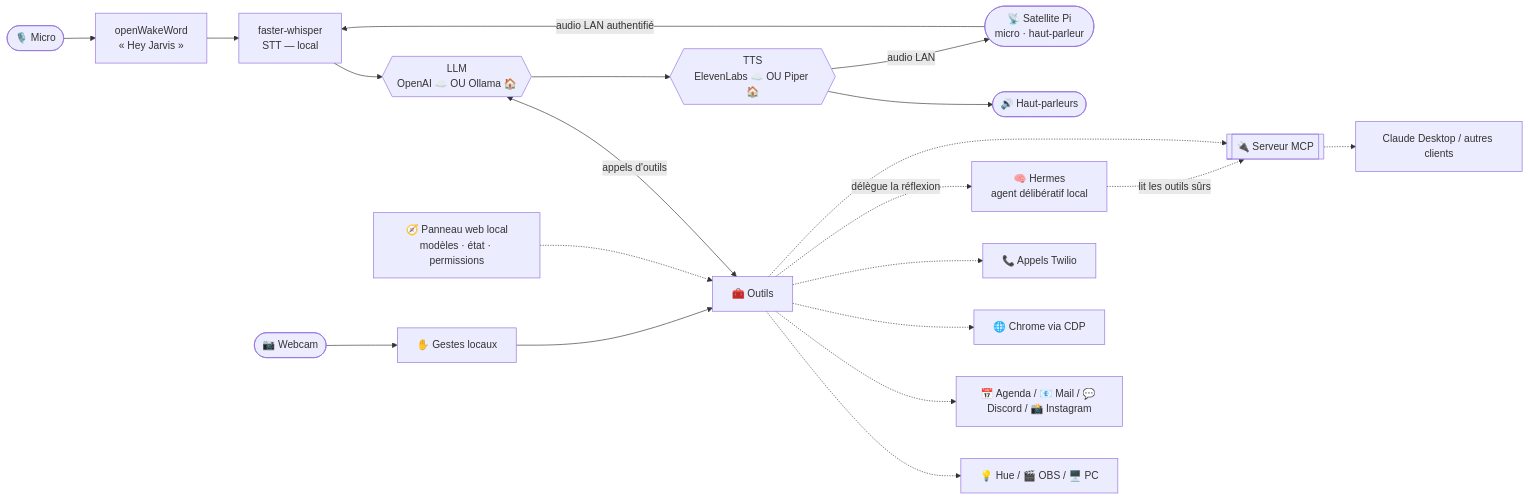
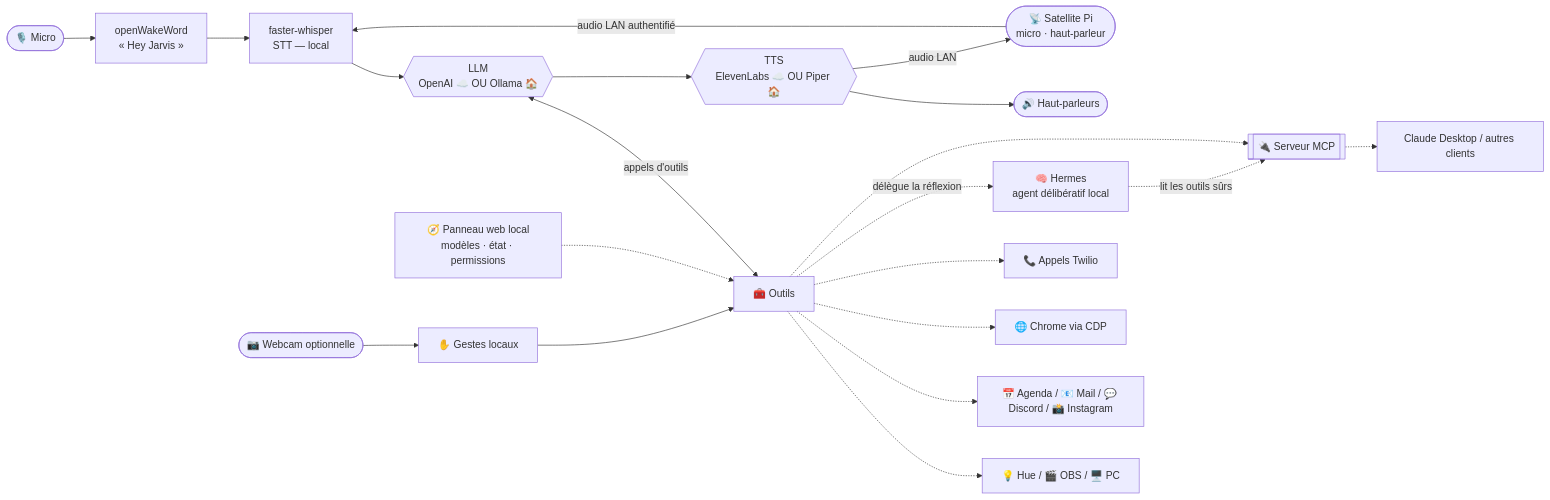
The diagram in README.md (flochatelain0-sudo/jarvis-assistant-vocal), drawn with Mermaid before and after one commit. The commit also changed other lines of this file and 13 other files, not shown here.

````diff
--- a/README.md
+++ b/README.md
@@ -75,24 +75,24 @@
 ```mermaid
 flowchart LR
     Mic([🎙️ Micro]) --> WW[openWakeWord<br/>« Hey Jarvis »]
     WW --> STT[faster-whisper<br/>STT — local]
     STT --> LLM{{LLM<br/>OpenAI ☁️ OU Ollama 🏠}}
     LLM <-->|appels d'outils| TOOLS[🧰 Outils]
     LLM --> TTS{{TTS<br/>ElevenLabs ☁️ OU Piper 🏠}}
     TTS --> SPK([🔊 Haut-parleurs])
 
     SAT([📡 Satellite Pi<br/>micro · haut-parleur]) -->|audio LAN authentifié| STT
     TTS -->|audio LAN| SAT
-    CAM([📷 Webcam]) --> GEST[✋ Gestes locaux]
+    CAM([📷 Webcam optionnelle]) --> GEST[✋ Gestes locaux]
     GEST --> TOOLS
 
     TOOLS -.-> HOME[💡 Hue / 🎬 OBS / 🖥️ PC]
     TOOLS -.-> NET[📅 Agenda / 📧 Mail / 💬 Discord / 📸 Instagram]
     TOOLS -.-> CDP[🌐 Chrome via CDP]
     TOOLS -.-> TW[📞 Appels Twilio]
     TOOLS -.->|délègue la réflexion| HERMES[🧠 Hermes<br/>agent délibératif local]
     TOOLS -.-> MCP[[🔌 Serveur MCP]]
     HERMES -.->|lit les outils sûrs| MCP
     MCP -.-> EXT[Claude Desktop / autres clients]
     PANEL[🧭 Panneau web local<br/>modèles · état · permissions] -.-> TOOLS
 ```
````
